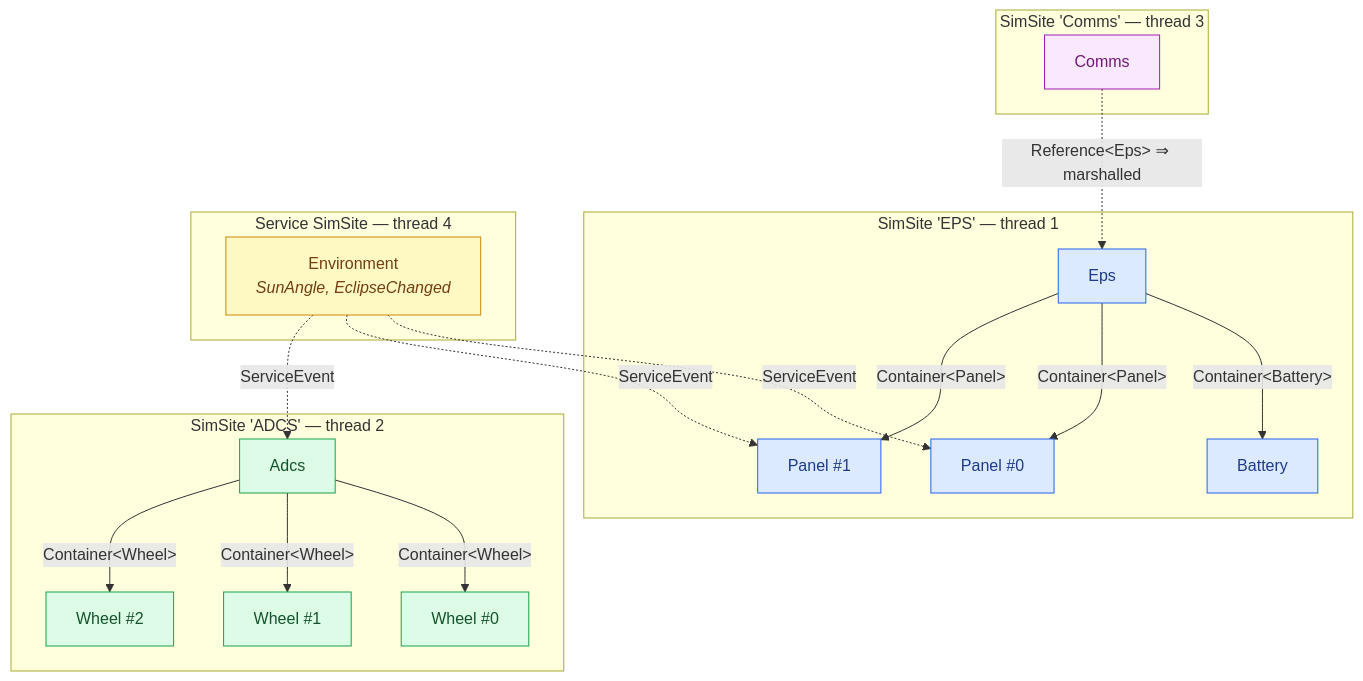
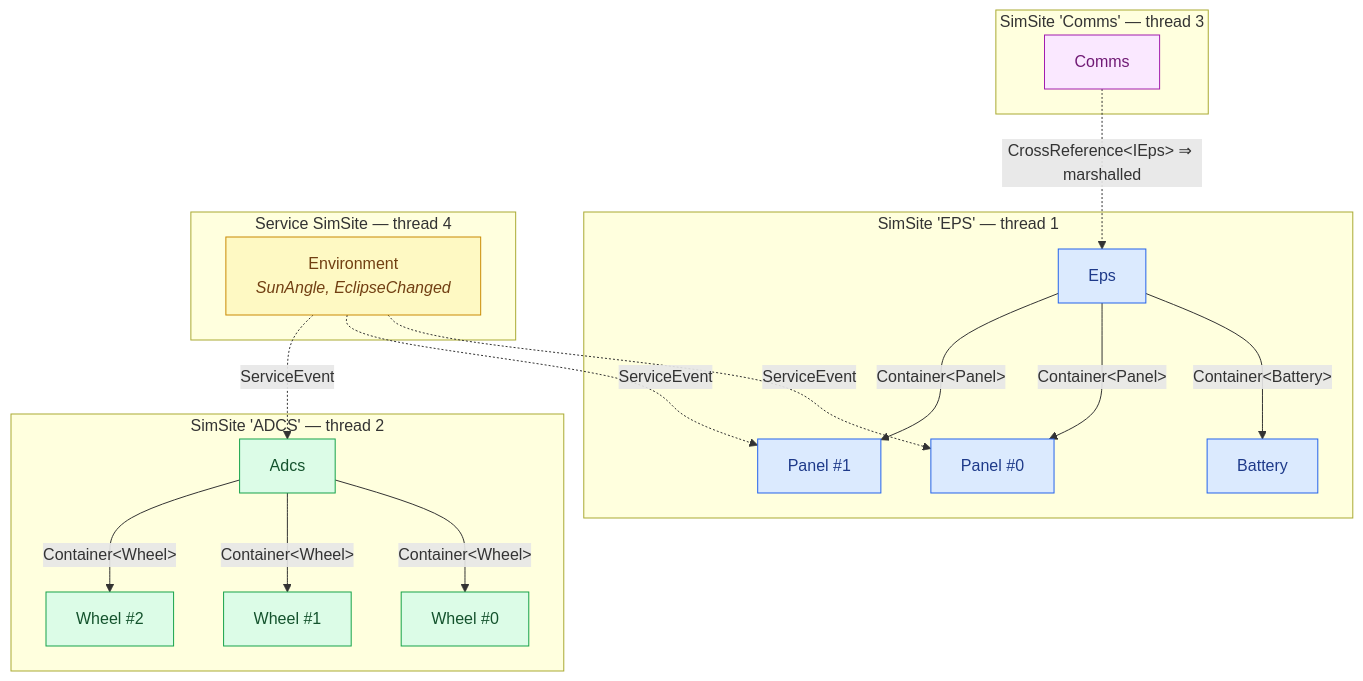
Before and after one commit to SimulaSharp-org/simulasharp-docs: the diagram in public/content/scenario-satellite.md, drawn with Mermaid. The commit also changed other lines of this file and 4 other files, not shown here.

````diff
--- a/public/content/scenario-satellite.md
+++ b/public/content/scenario-satellite.md
@@ -14,41 +14,41 @@
 ```mermaid
 graph TB
   subgraph eps ["SimSite 'EPS' — thread 1"]
     E["Eps"]
     B["Battery"]
     PA["Panel #0"]
     PB["Panel #1"]
     E -->|Container&lt;Battery&gt;| B
     E -->|Container&lt;Panel&gt;| PA
     E -->|Container&lt;Panel&gt;| PB
   end
   subgraph adcs ["SimSite 'ADCS' — thread 2"]
     A["Adcs"]
     W0["Wheel #0"]
     W1["Wheel #1"]
     W2["Wheel #2"]
     A -->|Container&lt;Wheel&gt;| W0
     A -->|Container&lt;Wheel&gt;| W1
     A -->|Container&lt;Wheel&gt;| W2
   end
   subgraph com ["SimSite 'Comms' — thread 3"]
     C["Comms"]
   end
   subgraph env ["Service SimSite — thread 4"]
     EN["Environment<br/><i>SunAngle, EclipseChanged</i>"]
   end
 
   EN -. "ServiceEvent" .-> PA
   EN -. "ServiceEvent" .-> PB
   EN -. "ServiceEvent" .-> A
-  C -. "Reference&lt;Eps&gt; ⇒ marshalled" .-> E
+  C -. "CrossReference&lt;IEps&gt; ⇒ marshalled" .-> E
 
   classDef s1 fill:#dbeafe,stroke:#2563eb,color:#1e3a8a;
   classDef s2 fill:#dcfce7,stroke:#16a34a,color:#14532d;
   classDef s3 fill:#fae8ff,stroke:#a21caf,color:#701a75;
   classDef s4 fill:#fef9c3,stroke:#ca8a04,color:#713f12;
   class E,B,PA,PB s1;
   class A,W0,W1,W2 s2;
   class C s3;
   class EN s4;
 ```
````
